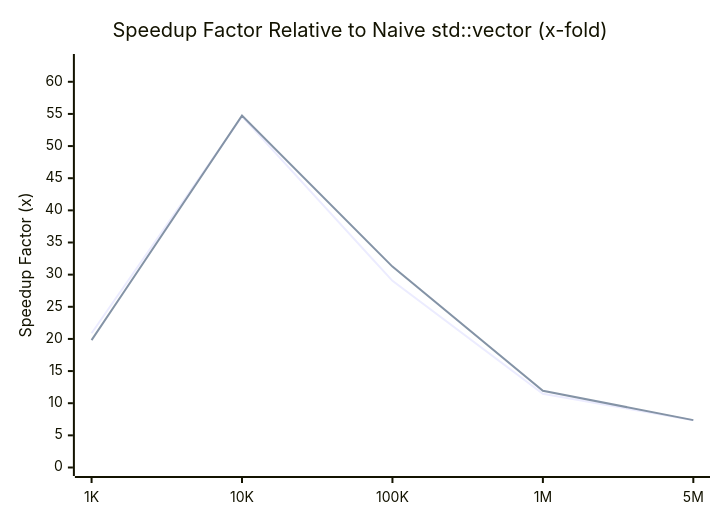
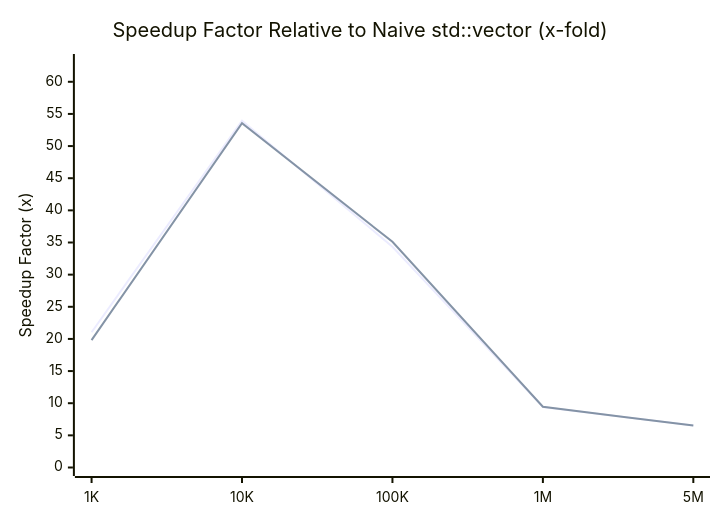
The second of 2 diagrams in README.md (maithreyanprabhu2907-prog/Vector), drawn with Mermaid before and after one commit. The commit also changed other lines of this file and 3 other files, not shown here.

````diff
--- a/README.md
+++ b/README.md
@@ -199,8 +199,8 @@
 ```mermaid
 xychart-beta
     title "Speedup Factor Relative to Naive std::vector (x-fold)"
     x-axis ["1K", "10K", "100K", "1M", "5M"]
     y-axis "Speedup Factor (x)" 0 --> 63
-    line [20.88, 54.62, 29.04, 11.47, 7.34]
-    line [19.81, 54.74, 31.25, 11.93, 7.37]
+    line [21.04, 53.95, 34.34, 9.42, 6.54]
+    line [19.82, 53.57, 35.11, 9.45, 6.52]
 ```
````
